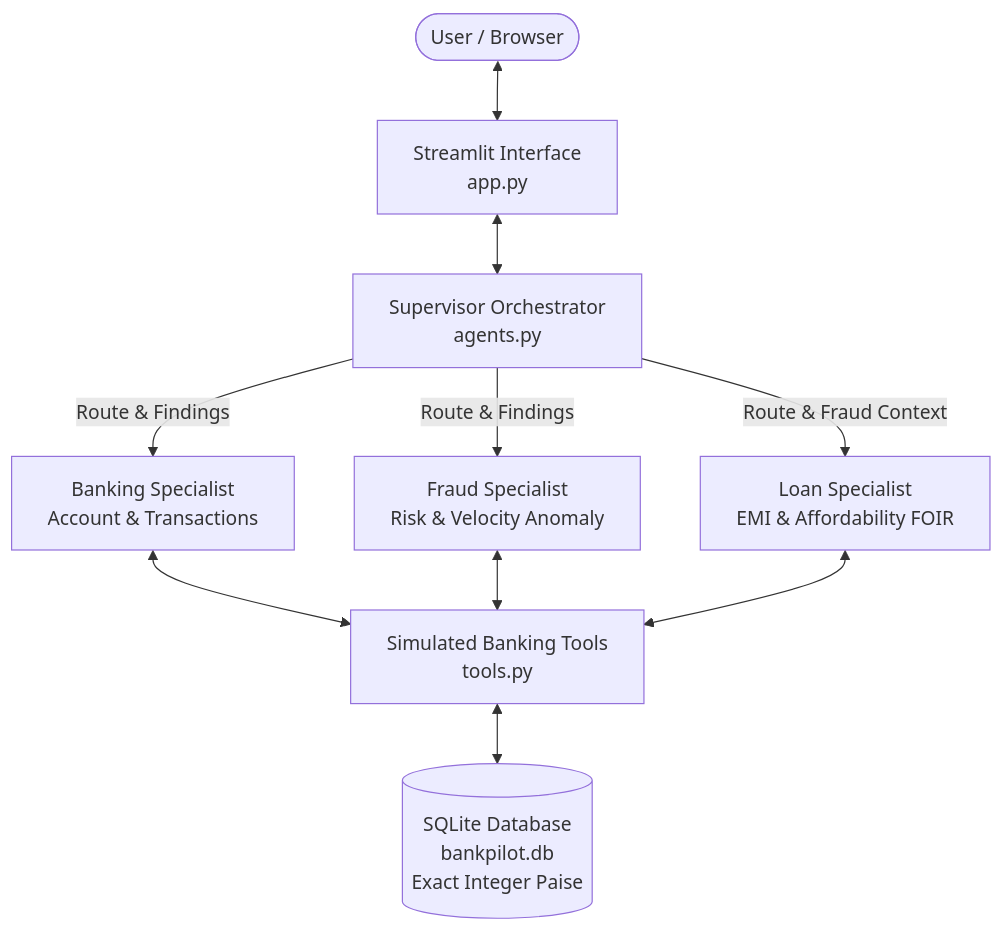
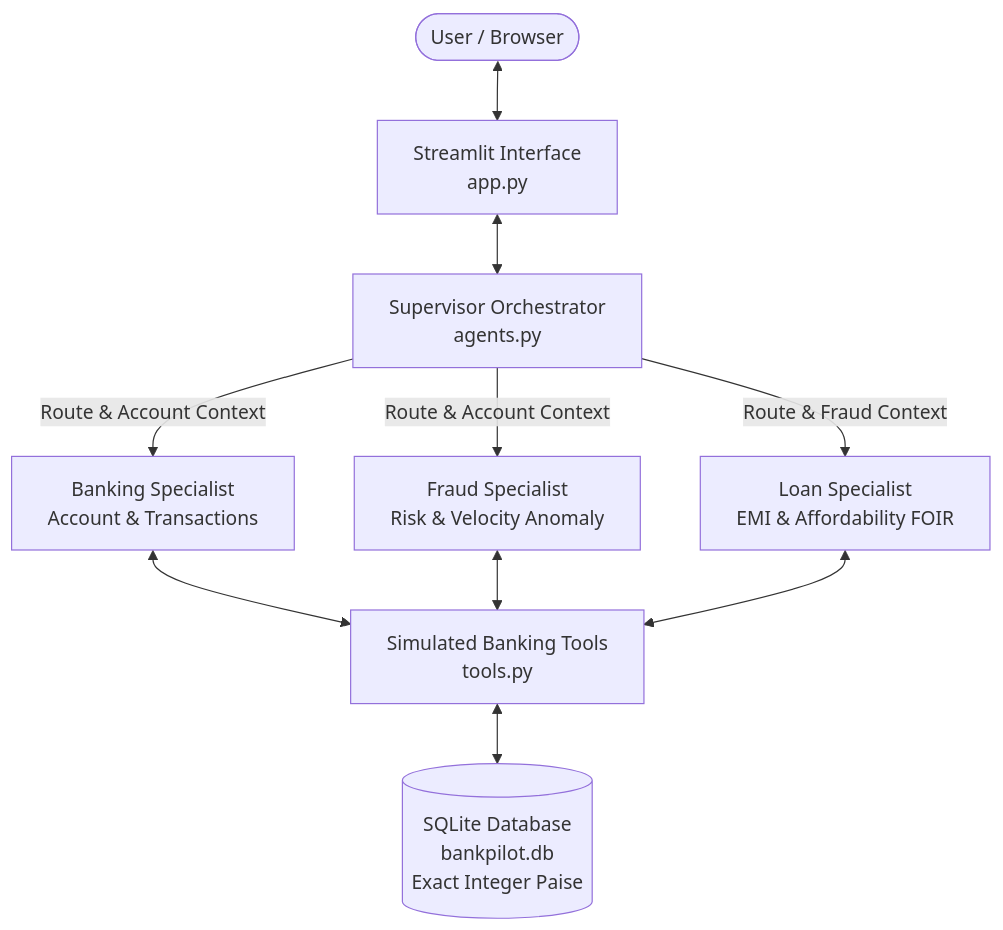
One commit to kishorein25/BankPilot-AI changed the diagram in README.md. Above: the diagram before and after it, drawn with Mermaid. The commit also changed other lines of this file and 4 other files, not shown here.

````diff
--- a/README.md
+++ b/README.md
@@ -11,15 +11,15 @@
 ```mermaid
 flowchart TD
     User([User / Browser]) <--> UI[Streamlit Interface\napp.py]
     UI <--> Supervisor[Supervisor Orchestrator\nagents.py]
     
-    Supervisor -->|Route & Findings| BankingAgent[Banking Specialist\nAccount & Transactions]
-    Supervisor -->|Route & Findings| FraudAgent[Fraud Specialist\nRisk & Velocity Anomaly]
+    Supervisor -->|Route & Account Context| BankingAgent[Banking Specialist\nAccount & Transactions]
+    Supervisor -->|Route & Account Context| FraudAgent[Fraud Specialist\nRisk & Velocity Anomaly]
     Supervisor -->|Route & Fraud Context| LoanAgent[Loan Specialist\nEMI & Affordability FOIR]
     
     BankingAgent <--> Tools[Simulated Banking Tools\ntools.py]
     FraudAgent <--> Tools
     LoanAgent <--> Tools
     
     Tools <--> DB[(SQLite Database\nbankpilot.db\nExact Integer Paise)]
 ```
````
